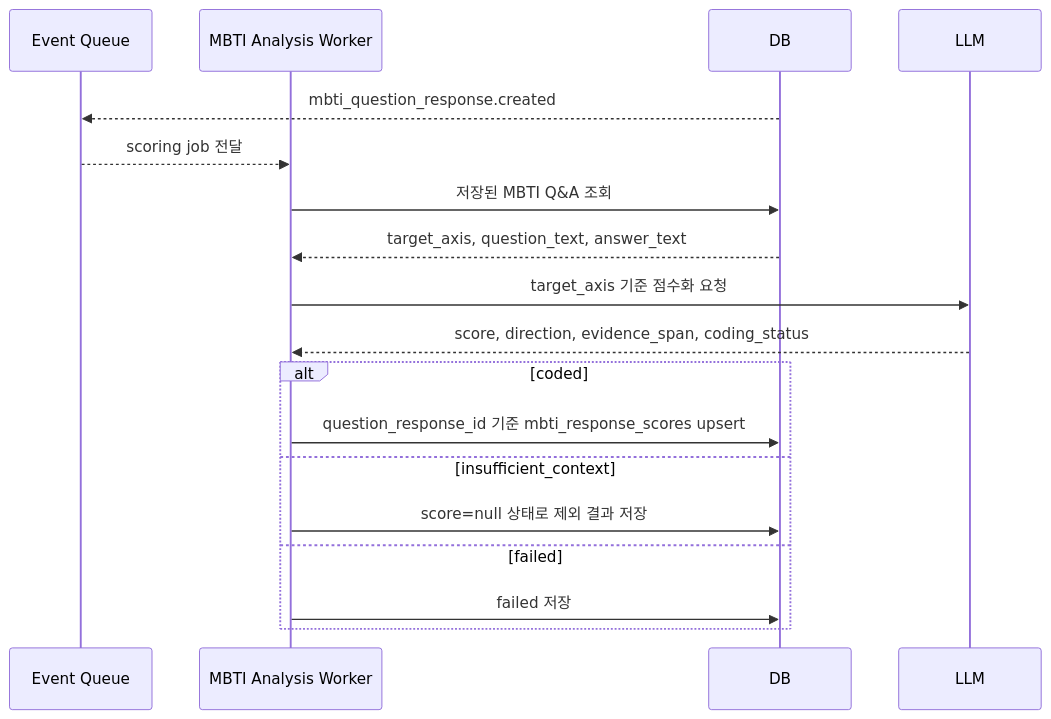
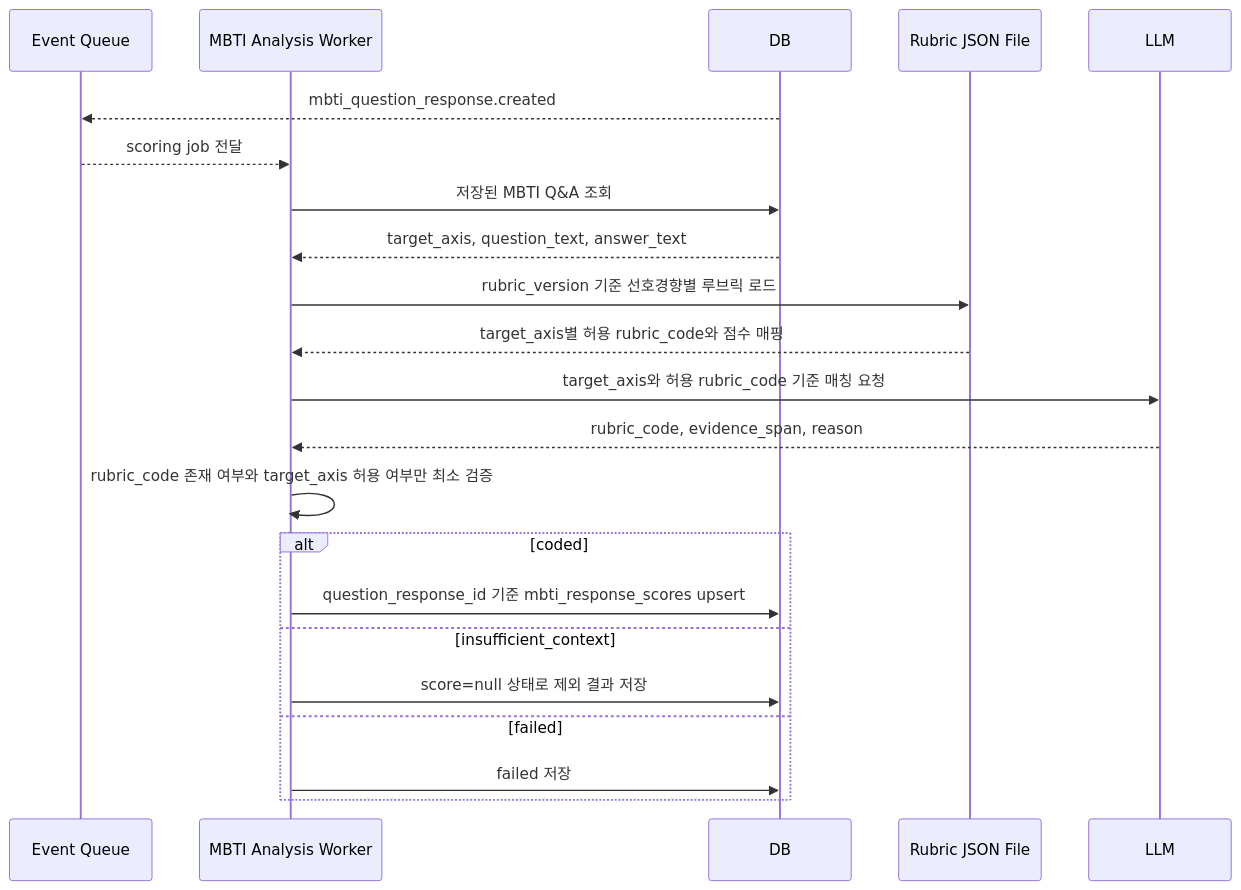
The fifth of 13 diagrams in docs/한재웅/MBTI_월간성향_및_취향분석_파이프라인_보고서_2안_2번흐름도_selected_letter_리포트직결_양방향반영.md (SKNETWORKS-FAMILY-AICAMP/SKN27-FINAL-4Team), drawn with Mermaid before and after one commit. The commit also changed other lines of this file and 41 other files, not shown here.

````diff
--- a/docs/한재웅/MBTI_월간성향_및_취향분석_파이프라인_보고서_2안_2번흐름도_selected_letter_리포트직결_양방향반영.md
+++ b/docs/한재웅/MBTI_월간성향_및_취향분석_파이프라인_보고서_2안_2번흐름도_selected_letter_리포트직결_양방향반영.md
@@ -1641,22 +1666,26 @@
 ```mermaid
 sequenceDiagram
     participant EVT as Event Queue
     participant WORKER as MBTI Analysis Worker
     participant DB as DB
+    participant RUBRIC as Rubric JSON File
     participant LLM as LLM
 
     DB-->>EVT: mbti_question_response.created
     EVT-->>WORKER: scoring job 전달
     WORKER->>DB: 저장된 MBTI Q&A 조회
     DB-->>WORKER: target_axis, question_text, answer_text
+    WORKER->>RUBRIC: rubric_version 기준 선호경향별 루브릭 로드
+    RUBRIC-->>WORKER: target_axis별 허용 rubric_code와 점수 매핑
 
-    WORKER->>LLM: target_axis 기준 점수화 요청
-    LLM-->>WORKER: score, direction, evidence_span, coding_status
+    WORKER->>LLM: target_axis와 허용 rubric_code 기준 매칭 요청
+    LLM-->>WORKER: rubric_code, evidence_span, reason
+    WORKER->>WORKER: rubric_code 존재 여부와 target_axis 허용 여부만 최소 검증
     alt coded
         WORKER->>DB: question_response_id 기준 mbti_response_scores upsert
     else insufficient_context
         WORKER->>DB: score=null 상태로 제외 결과 저장
     else failed
         WORKER->>DB: failed 저장
     end
 ```
````
